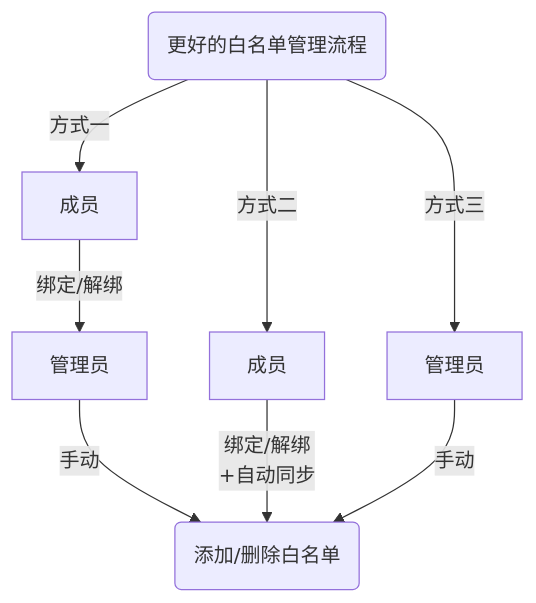
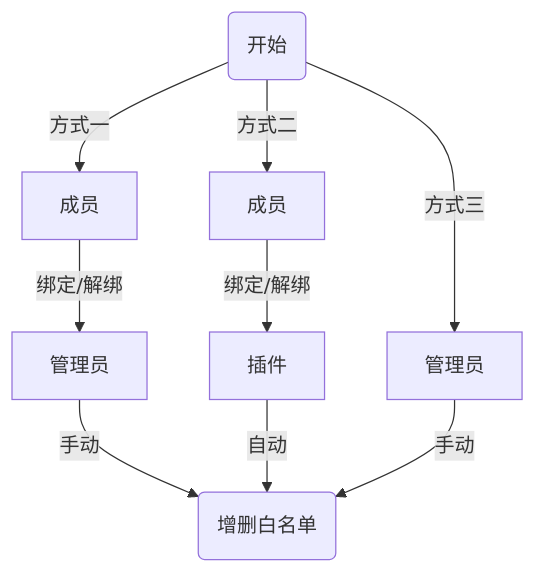
One commit to SereinDev/old-docs changed the diagram in resources/BetterWhitelist.md. Above: the diagram before and after it, drawn with Mermaid. The commit also changed other lines of this file and 9 other files, not shown here.

````diff
--- a/resources/BetterWhitelist.md
+++ b/resources/BetterWhitelist.md
@@ -20,10 +54,11 @@
 ```mermaid
-  flowchart TB
-      A("更好的白名单管理流程") --> |"方式一"| B["成员"]
-      B -->|"绑定/解绑"| B1["管理员"]
-      B1 -->|"手动"| Z("添加/删除白名单")
-      A --> |"方式二"| C["成员"]
-      C -->|"绑定/解绑\n+自动同步"| Z
-      A --> |"方式三"| D["管理员"]
-      D -->|"手动"| Z
+	flowchart TB
+		A("开始") --> |"方式一"| B["成员"]
+		A --> |"方式二"| C["成员"]
+		A --> |"方式三"| D["管理员"]
+		B -->|"绑定/解绑"| B1["管理员"]
+		C -->|"绑定/解绑"| C1["插件"]
+		B1 -->|"手动"| Z("增删白名单")
+		C1 -->|"自动"| Z
+		D -->|"手动"| Z
 ```
````
